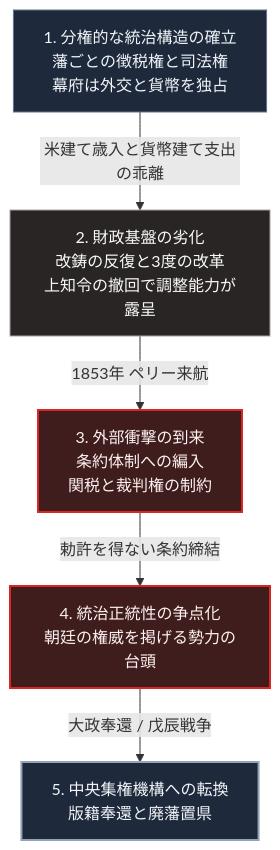
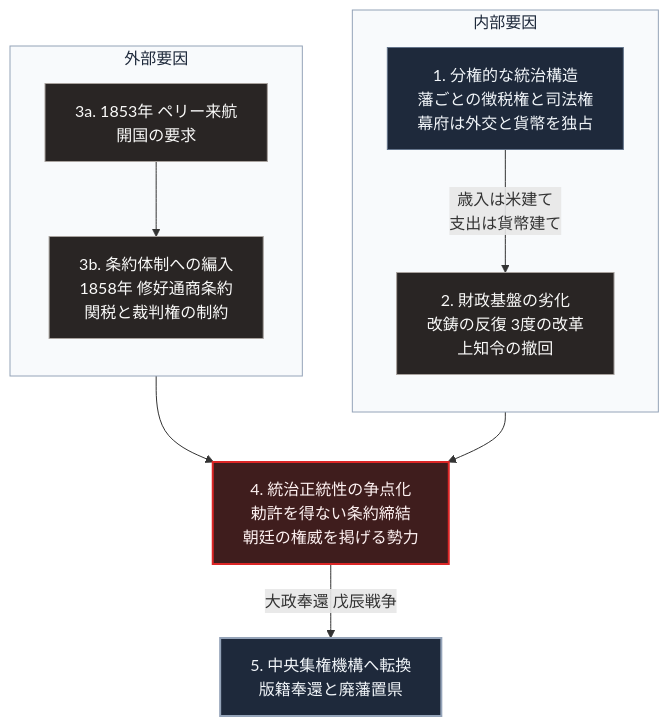
Before and after one commit to Takenori-Kusaka/zenn-content: the diagram in books/sovereign-resilience-blueprint/edo-system-and-collapse.md, drawn with Mermaid. The commit also changed other lines of this file and 114 other files, not shown here.

````diff
--- a/books/sovereign-resilience-blueprint/edo-system-and-collapse.md
+++ b/books/sovereign-resilience-blueprint/edo-system-and-collapse.md
@@ -67,14 +67,25 @@
 ```mermaid
 flowchart TD
-    A[1. 分権的な統治構造の確立<br>藩ごとの徴税権と司法権<br>幕府は外交と貨幣を独占]
-    A -->|米建て歳入と貨幣建て支出の乖離| B[2. 財政基盤の劣化<br>改鋳の反復と3度の改革<br>上知令の撤回で調整能力が露呈]
-    B -->|1853年 ペリー来航| C[3. 外部衝撃の到来<br>条約体制への編入<br>関税と裁判権の制約]
-    C -->|勅許を得ない条約締結| D[4. 統治正統性の争点化<br>朝廷の権威を掲げる勢力の台頭]
-    D -->|大政奉還 / 戊辰戦争| E[5. 中央集権機構への転換<br>版籍奉還と廃藩置県]
+    subgraph GI[内部要因]
+        direction TB
+        A1[1. 分権的な統治構造<br>藩ごとの徴税権と司法権<br>幕府は外交と貨幣を独占]
+        A1 -->|歳入は米建て<br>支出は貨幣建て| A2[2. 財政基盤の劣化<br>改鋳の反復 3度の改革<br>上知令の撤回]
+    end
+    subgraph GE[外部要因]
+        direction TB
+        B1[3a. 1853年 ペリー来航<br>開国の要求]
+        B1 --> B2[3b. 条約体制への編入<br>1858年 修好通商条約<br>関税と裁判権の制約]
+    end
+    A2 --> C[4. 統治正統性の争点化<br>勅許を得ない条約締結<br>朝廷の権威を掲げる勢力]
+    B2 --> C
+    C -->|大政奉還 戊辰戦争| D[5. 中央集権機構へ転換<br>版籍奉還と廃藩置県]
 
-    style A fill:#1e293b,stroke:#64748b,color:#f1f5f9
-    style B fill:#292524,stroke:#a8a29e,color:#fafaf9
+    style GI fill:#f8fafc,stroke:#94a3b8,color:#1e293b
+    style GE fill:#f8fafc,stroke:#94a3b8,color:#1e293b
+    style A1 fill:#1e293b,stroke:#64748b,color:#f1f5f9
+    style A2 fill:#292524,stroke:#a8a29e,color:#fafaf9
+    style B1 fill:#292524,stroke:#a8a29e,color:#fafaf9
+    style B2 fill:#292524,stroke:#a8a29e,color:#fafaf9
     style C fill:#3f1d1d,stroke:#dc2626,stroke-width:2px,color:#fef2f2
-    style D fill:#3f1d1d,stroke:#dc2626,stroke-width:2px,color:#fef2f2
-    style E fill:#1e293b,stroke:#94a3b8,stroke-width:2px,color:#f1f5f9
+    style D fill:#1e293b,stroke:#94a3b8,stroke-width:2px,color:#f1f5f9
 ```
````
